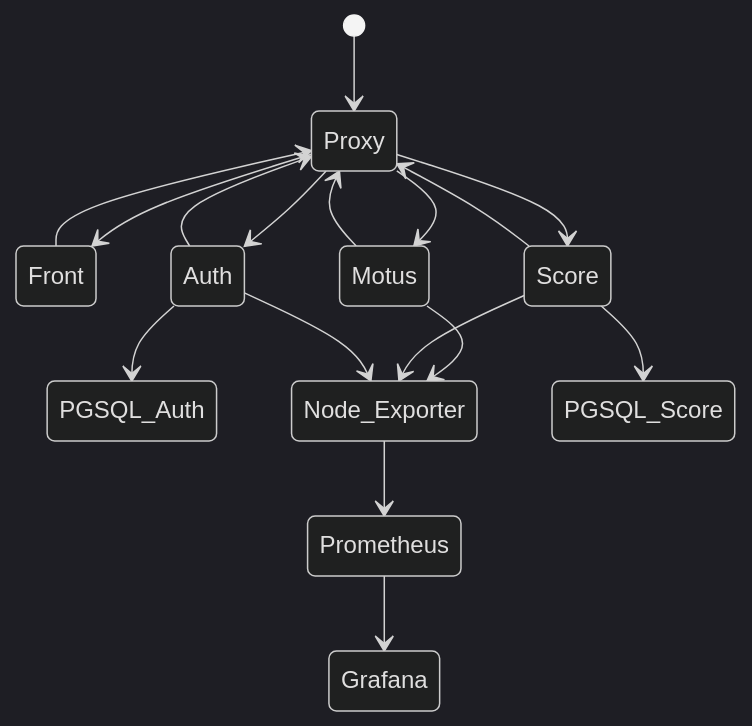
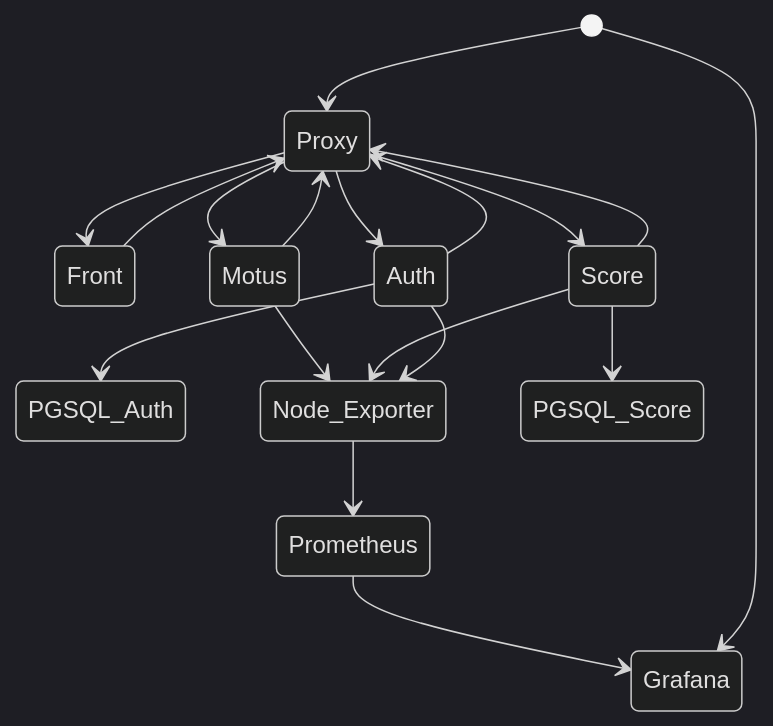
Before and after one commit to Youplala/Motus: the first of 2 diagrams in README.md, drawn with Mermaid (dark theme).

````diff
--- a/README.md
+++ b/README.md
@@ -9,21 +9,20 @@
 ```mermaid
 stateDiagram-v2
     [*] --> Proxy
     Proxy --> Front
     Proxy --> Score
     Proxy --> Motus
     Proxy --> Auth
     Front --> Proxy
     Motus --> Proxy
     Score --> Proxy
     Auth --> Proxy
     Auth --> PGSQL_Auth
     Motus --> Node_Exporter
     Score --> Node_Exporter
     Auth --> Node_Exporter
     Node_Exporter --> Prometheus
     Prometheus --> Grafana
     Score --> PGSQL_Score
-
-
+    [*] --> Grafana
 ```
````
